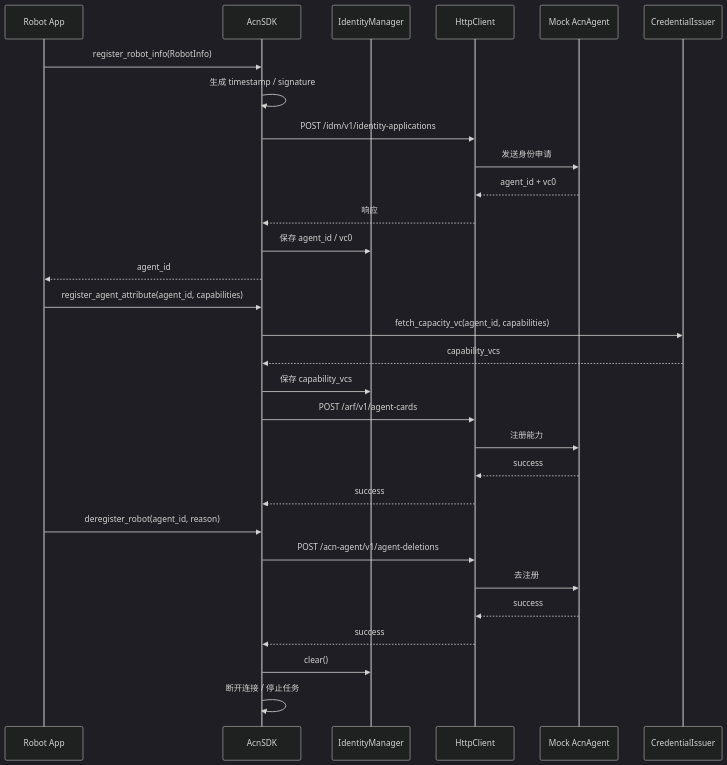
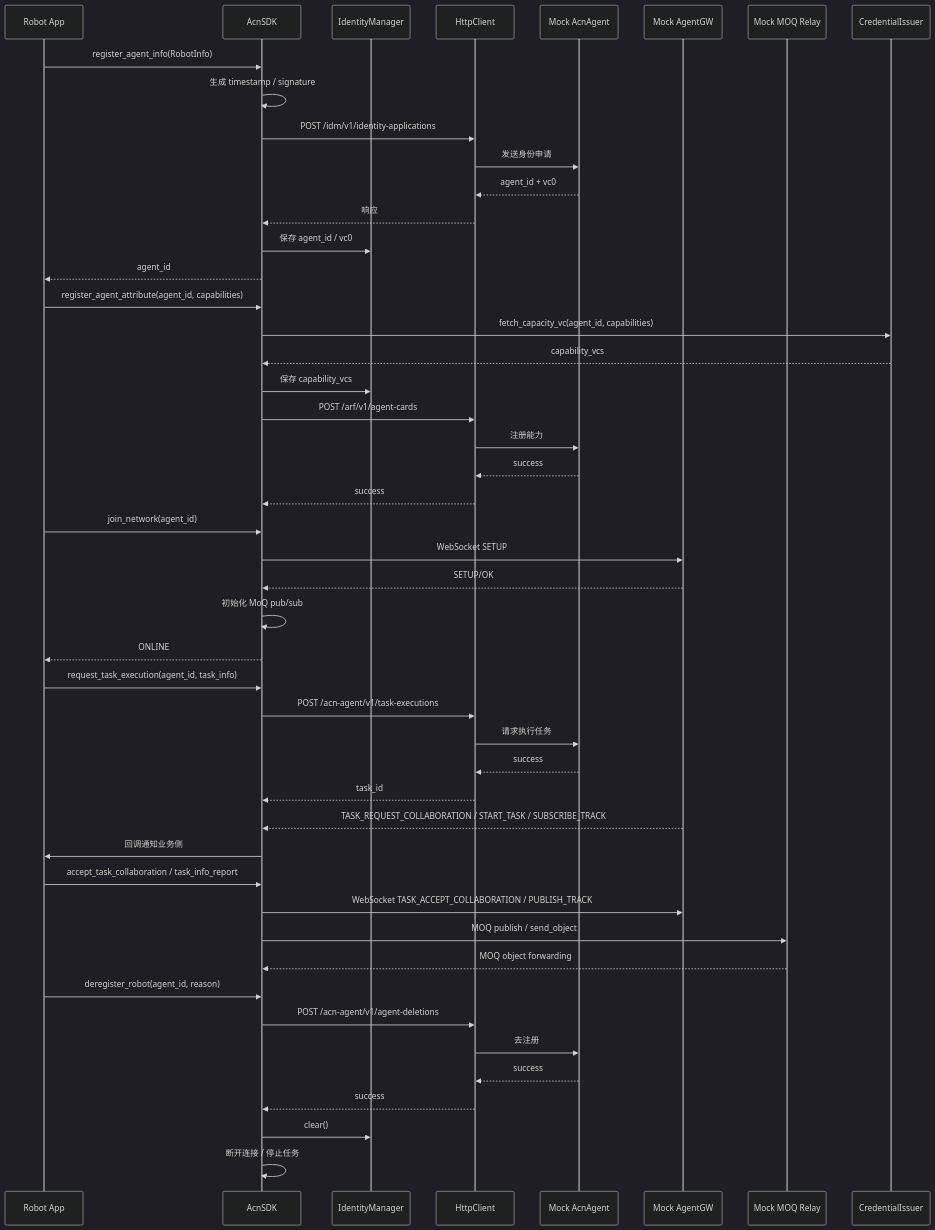
The first of 2 diagrams in docs/ARCHITECTURE.md (acore2026/acn_sdk), drawn with Mermaid (dark theme) before and after one commit. The commit also changed other lines of this file and 41 other files, not shown here.

````diff
--- a/docs/ARCHITECTURE.md
+++ b/docs/ARCHITECTURE.md
@@ -37,35 +37,56 @@
 ```mermaid
 sequenceDiagram
     participant Robot as Robot App
     participant SDK as AcnSDK
     participant ID as IdentityManager
     participant HTTP as HttpClient
     participant Agent as Mock AcnAgent
+    participant GW as Mock AgentGW
+    participant Relay as Mock MOQ Relay
     participant Issuer as CredentialIssuer
 
-    Robot->>SDK: register_robot_info(RobotInfo)
+    Robot->>SDK: register_agent_info(RobotInfo)
     SDK->>SDK: 生成 timestamp / signature
     SDK->>HTTP: POST /idm/v1/identity-applications
     HTTP->>Agent: 发送身份申请
     Agent-->>HTTP: agent_id + vc0
     HTTP-->>SDK: 响应
     SDK->>ID: 保存 agent_id / vc0
     SDK-->>Robot: agent_id
 
     Robot->>SDK: register_agent_attribute(agent_id, capabilities)
     SDK->>Issuer: fetch_capacity_vc(agent_id, capabilities)
     Issuer-->>SDK: capability_vcs
     SDK->>ID: 保存 capability_vcs
     SDK->>HTTP: POST /arf/v1/agent-cards
     HTTP->>Agent: 注册能力
     Agent-->>HTTP: success
     HTTP-->>SDK: success
 
+    Robot->>SDK: join_network(agent_id)
+    SDK->>GW: WebSocket SETUP
+    GW-->>SDK: SETUP/OK
+    SDK->>SDK: 初始化 MoQ pub/sub
+    SDK-->>Robot: ONLINE
+
+    Robot->>SDK: request_task_execution(agent_id, task_info)
+    SDK->>HTTP: POST /acn-agent/v1/task-executions
+    HTTP->>Agent: 请求执行任务
+    Agent-->>HTTP: success
+    HTTP-->>SDK: task_id
+
+    GW-->>SDK: TASK_REQUEST_COLLABORATION / START_TASK / SUBSCRIBE_TRACK
+    SDK->>Robot: 回调通知业务侧
+    Robot->>SDK: accept_task_collaboration / task_info_report
+    SDK->>GW: WebSocket TASK_ACCEPT_COLLABORATION / PUBLISH_TRACK
+    SDK->>Relay: MOQ publish / send_object
+    Relay-->>SDK: MOQ object forwarding
+
     Robot->>SDK: deregister_robot(agent_id, reason)
     SDK->>HTTP: POST /acn-agent/v1/agent-deletions
     HTTP->>Agent: 去注册
     Agent-->>HTTP: success
     HTTP-->>SDK: success
     SDK->>ID: clear()
     SDK->>SDK: 断开连接 / 停止任务
 ```
````
